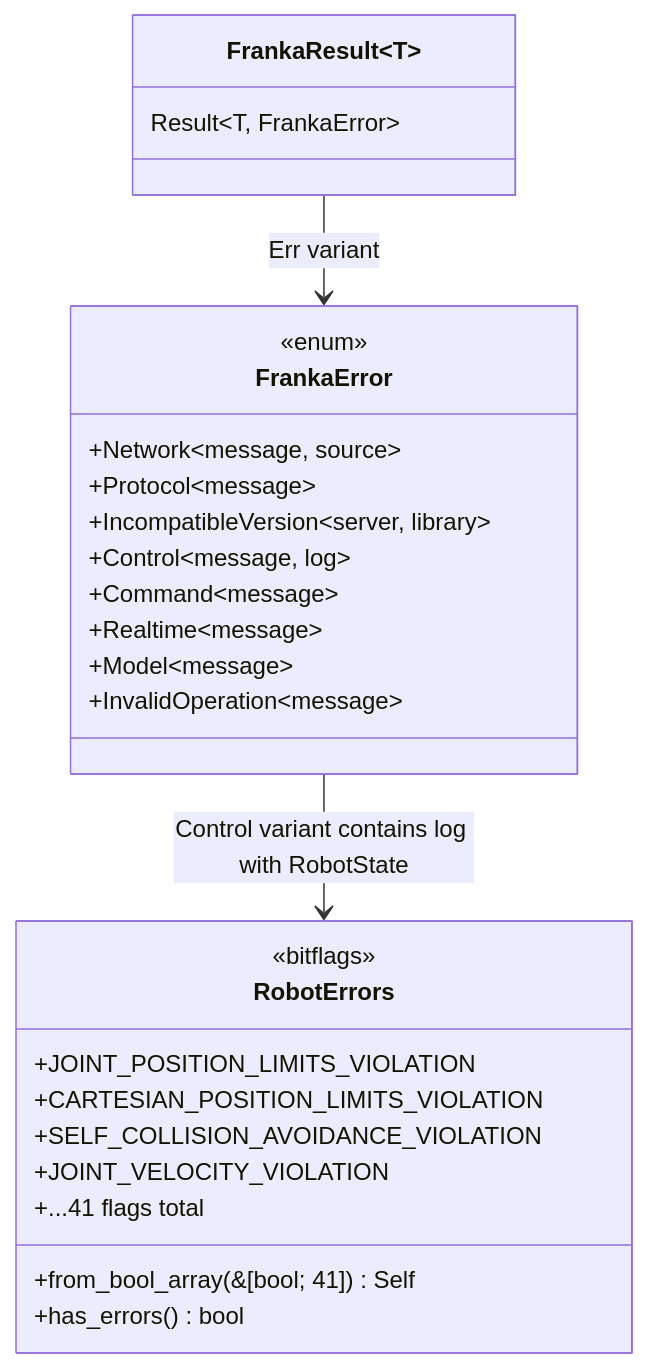
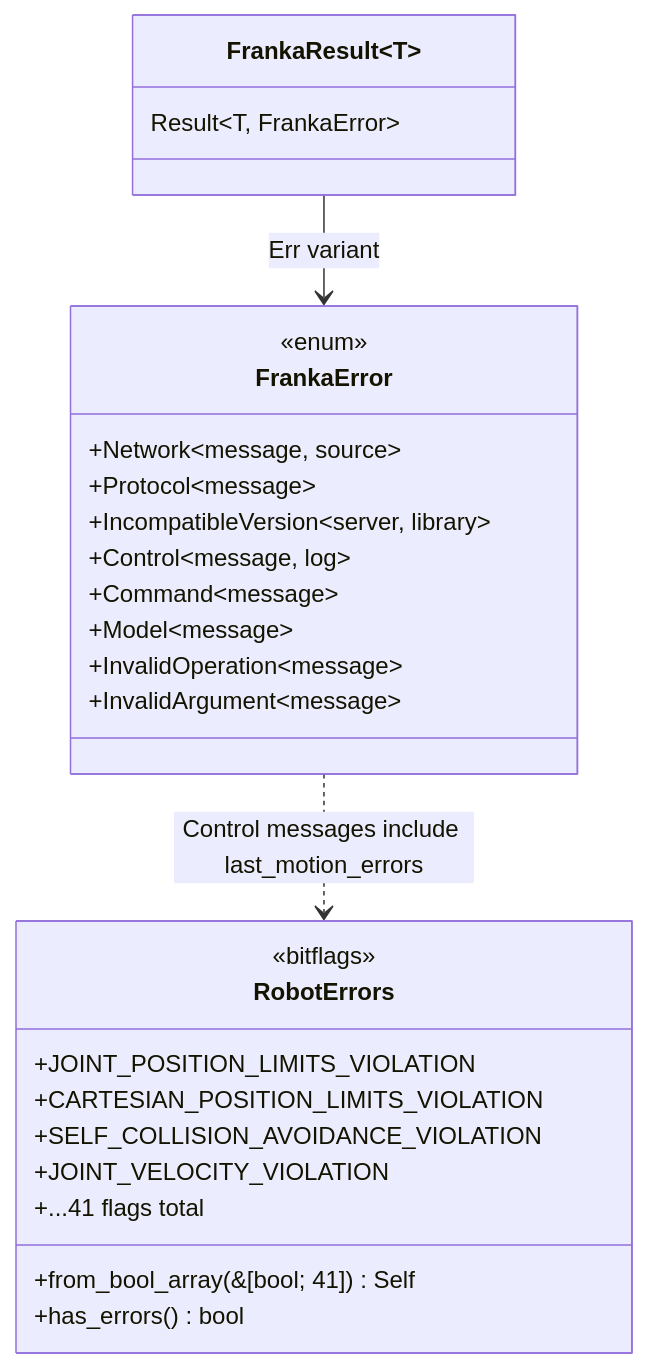
The first of 2 diagrams in docs/src/modules/errors.md (ColeTen/franka-rs), drawn with Mermaid before and after one commit. The commit also changed other lines of this file and 43 other files, not shown here.

````diff
--- a/docs/src/modules/errors.md
+++ b/docs/src/modules/errors.md
@@ -10,32 +10,32 @@
 ```mermaid
 classDiagram
     class FrankaError {
         <<enum>>
         +Network~message, source~
         +Protocol~message~
         +IncompatibleVersion~server, library~
         +Control~message, log~
         +Command~message~
-        +Realtime~message~
         +Model~message~
         +InvalidOperation~message~
+        +InvalidArgument~message~
     }
 
     class RobotErrors {
         <<bitflags>>
         +JOINT_POSITION_LIMITS_VIOLATION
         +CARTESIAN_POSITION_LIMITS_VIOLATION
         +SELF_COLLISION_AVOIDANCE_VIOLATION
         +JOINT_VELOCITY_VIOLATION
         +...41 flags total
         +from_bool_array(&[bool; 41]) Self
         +has_errors() bool
     }
 
     class FrankaResult~T~ {
         Result~T, FrankaError~
     }
 
-    FrankaError --> RobotErrors : Control variant contains log with RobotState
+    FrankaError ..> RobotErrors : Control messages include last_motion_errors
     FrankaResult --> FrankaError : Err variant
 ```
````
